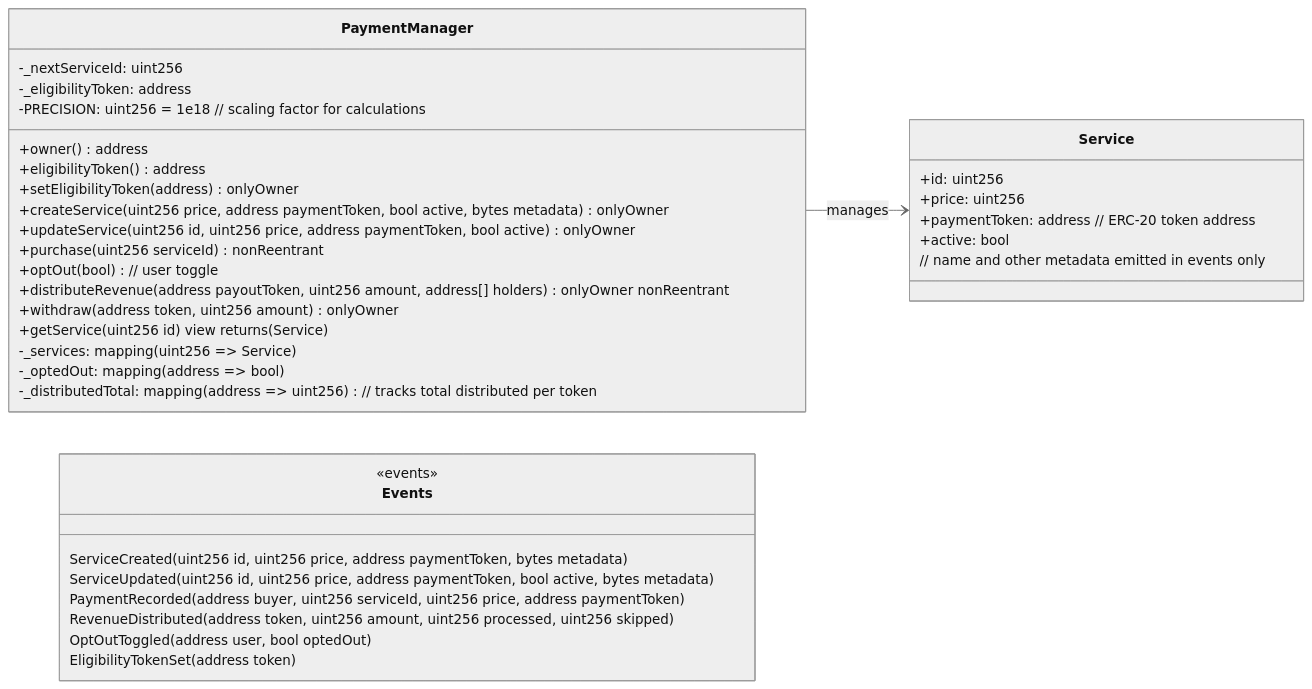
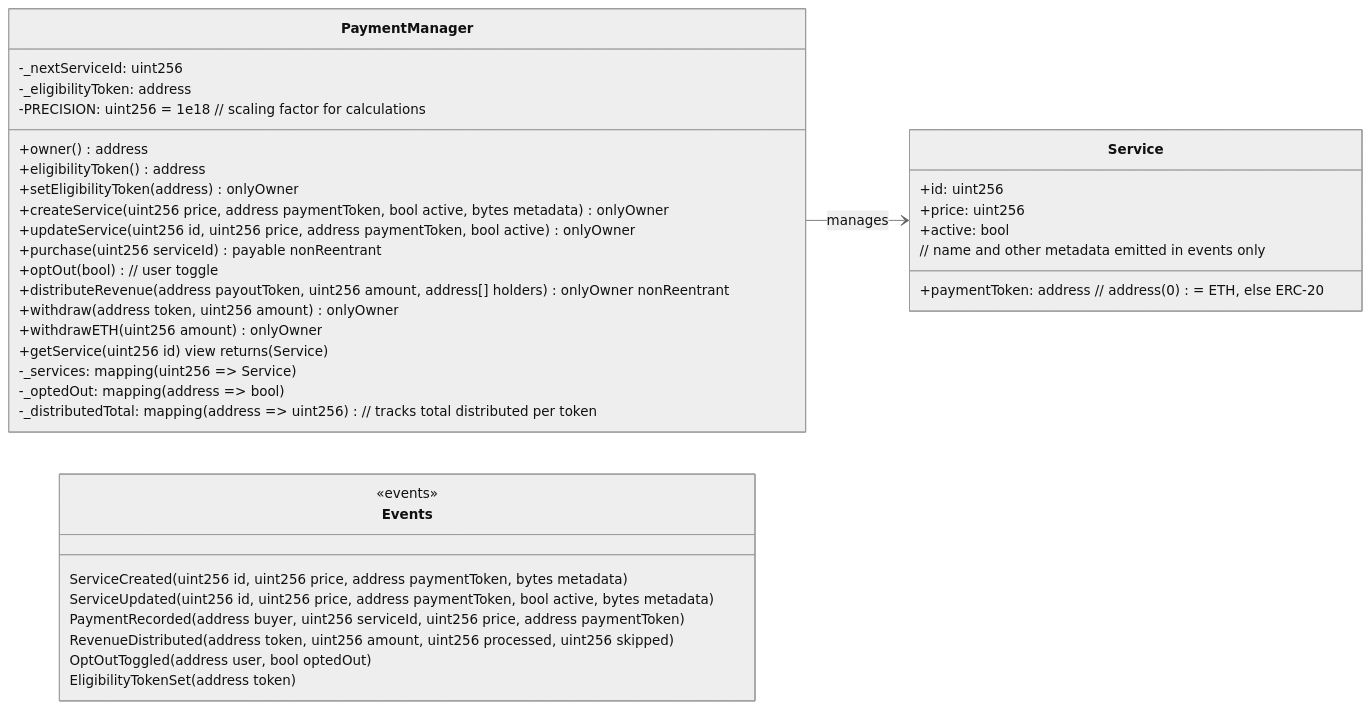
Before and after one commit to PerpetualOrganizationArchitect/POP: the first of 4 diagrams in PaymentManager-TechnicalSpec.md, drawn with Mermaid (neutral theme). The commit also changed other lines of this file, not shown here.

First line of the commit message:
Refactor: Re-add native ETH payment support

````diff
--- a/PaymentManager-TechnicalSpec.md
+++ b/PaymentManager-TechnicalSpec.md
@@ -149,43 +152,44 @@
 ```mermaid
 classDiagram
     direction LR
 
     class PaymentManager {
       +owner() address
       +eligibilityToken() address
       +setEligibilityToken(address) onlyOwner
       +createService(uint256 price, address paymentToken, bool active, bytes metadata) onlyOwner
       +updateService(uint256 id, uint256 price, address paymentToken, bool active) onlyOwner
-      +purchase(uint256 serviceId) nonReentrant
+      +purchase(uint256 serviceId) payable nonReentrant
       +optOut(bool)  // user toggle
       +distributeRevenue(address payoutToken, uint256 amount, address[] holders) onlyOwner nonReentrant
       +withdraw(address token, uint256 amount) onlyOwner
+      +withdrawETH(uint256 amount) onlyOwner
       +getService(uint256 id) view returns (Service)
       -_services: mapping(uint256 => Service)
       -_nextServiceId: uint256
       -_optedOut: mapping(address => bool)
       -_eligibilityToken: address
       -_distributedTotal: mapping(address => uint256)  // tracks total distributed per token
       -PRECISION: uint256 = 1e18  // scaling factor for calculations
     }
 
     class Service {
       +id: uint256
       +price: uint256
-      +paymentToken: address  // ERC-20 token address
+      +paymentToken: address  // address(0) = ETH, else ERC-20
       +active: bool
       // name and other metadata emitted in events only
     }
 
     PaymentManager --> Service : manages
     
     class Events {
       <<events>>
       ServiceCreated(uint256 id, uint256 price, address paymentToken, bytes metadata)
       ServiceUpdated(uint256 id, uint256 price, address paymentToken, bool active, bytes metadata)
       PaymentRecorded(address buyer, uint256 serviceId, uint256 price, address paymentToken)
       RevenueDistributed(address token, uint256 amount, uint256 processed, uint256 skipped)
       OptOutToggled(address user, bool optedOut)
       EligibilityTokenSet(address token)
     }
 ```
````
